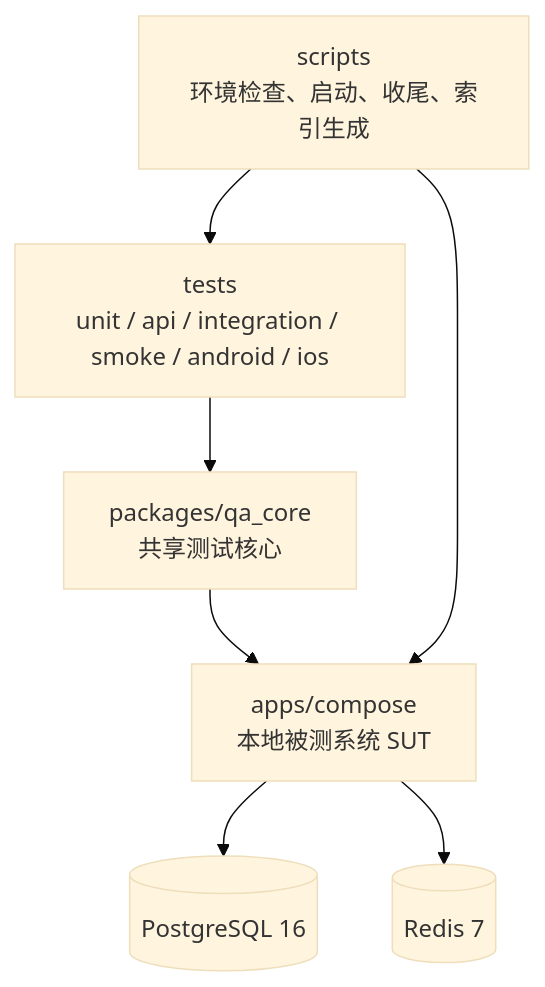
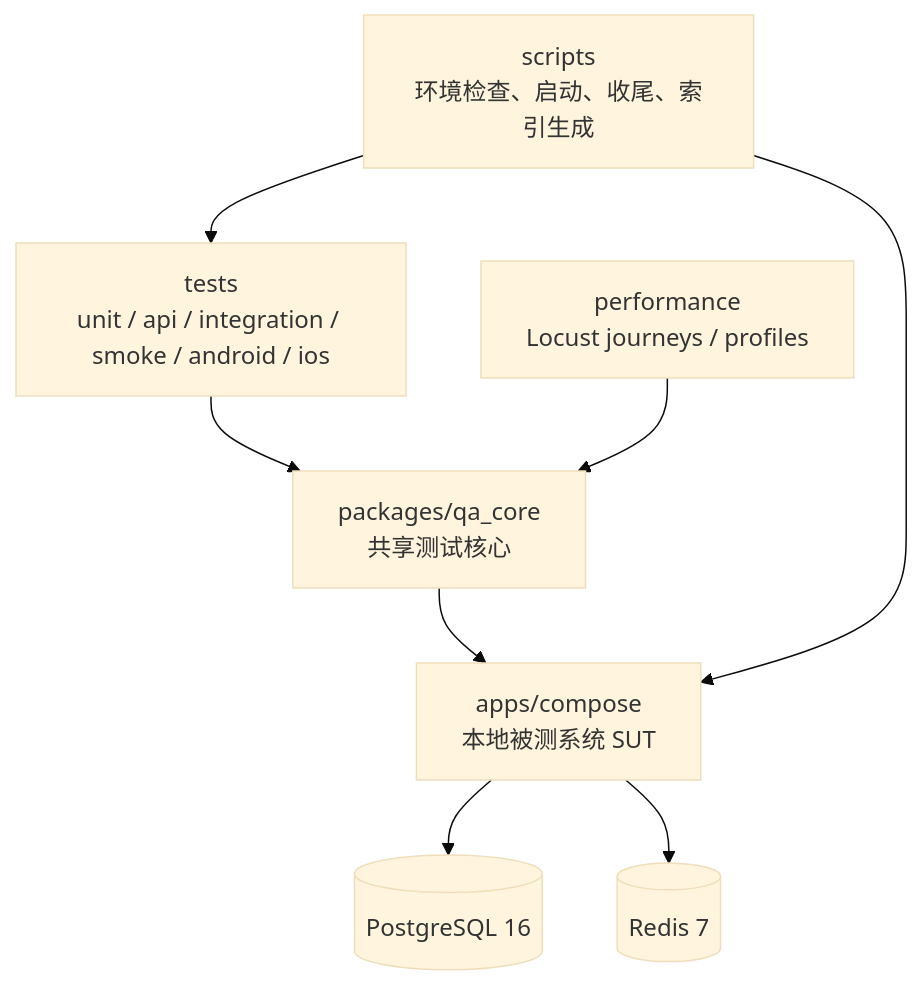
One commit to htb123-maker/quality-engineering-lab changed the first of 2 diagrams in docs/architecture/project-overview.md. Above: the diagram before and after it, drawn with Mermaid (base theme). The commit also changed other lines of this file and 25 other files, not shown here.

Commit message:
feat(perf): add week25 performance smoke baseline

````diff
--- a/docs/architecture/project-overview.md
+++ b/docs/architecture/project-overview.md
@@ -11,9 +11,10 @@
 ```mermaid
 flowchart TB
     TESTS["tests<br/>unit / api / integration / smoke / android / ios"] --> CORE["packages/qa_core<br/>共享测试核心"]
+    PERF["performance<br/>Locust journeys / profiles"] --> CORE
     CORE --> APPS["apps/compose<br/>本地被测系统 SUT"]
     APPS --> PG[("PostgreSQL 16")]
     APPS --> RD[("Redis 7")]
     SCRIPTS["scripts<br/>环境检查、启动、收尾、索引生成"] --> APPS
     SCRIPTS --> TESTS
 ```
````
